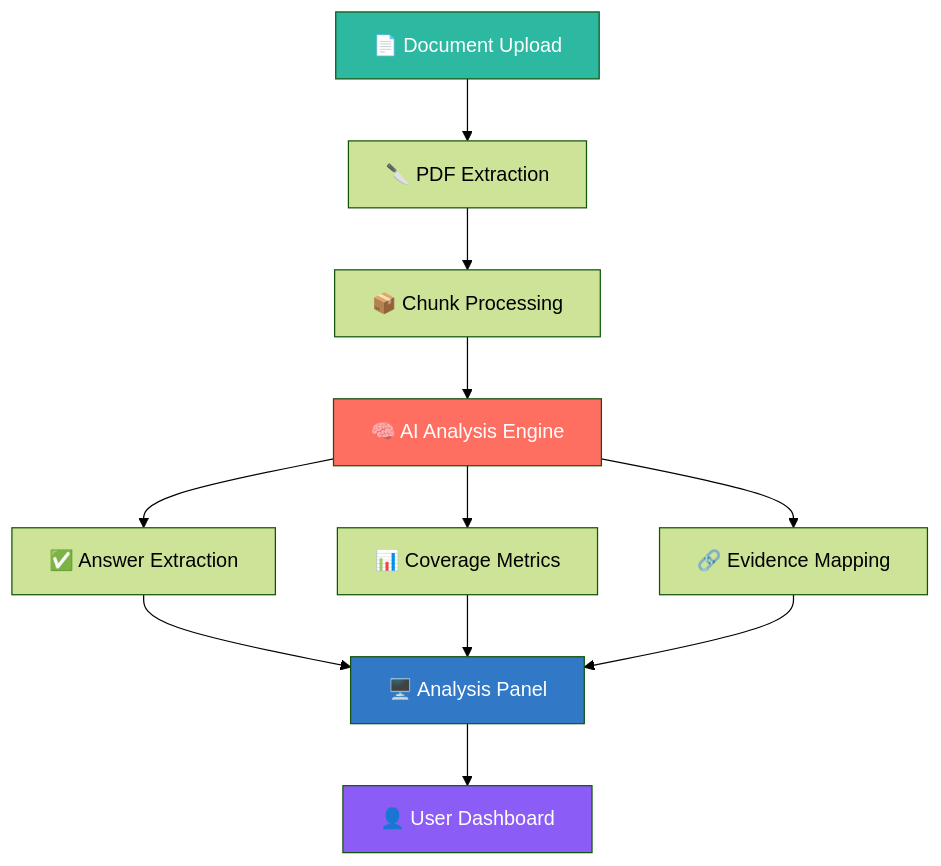
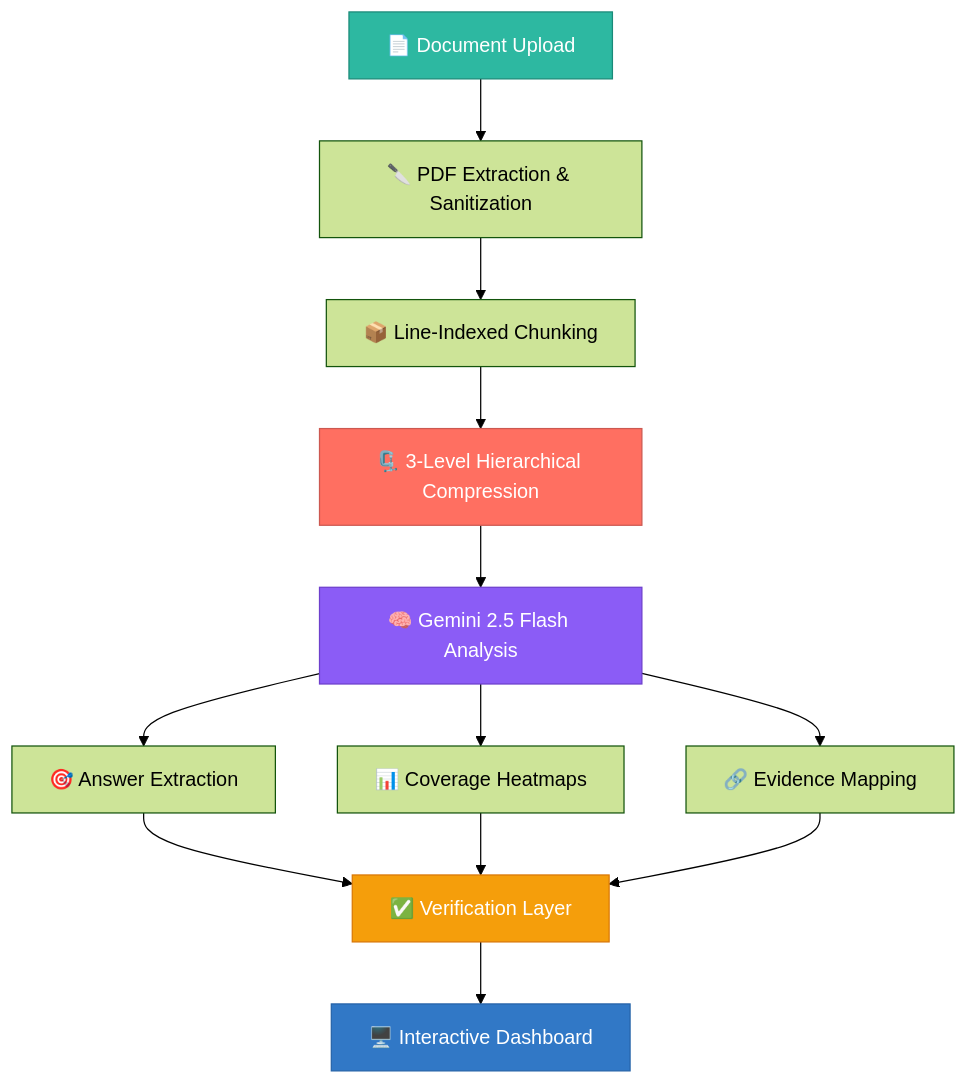
The diagram in README.md (anshgupta-25/smart-document-insight), drawn with Mermaid (forest theme) before and after one commit. The commit also changed other lines of this file, not shown here.

````diff
--- a/README.md
+++ b/README.md
@@ -82,18 +154,20 @@
 ```mermaid
 graph TB
-    A[📄 Document Upload] --> B[🔪 PDF Extraction]
-    B --> C[📦 Chunk Processing]
-    C --> D[🧠 AI Analysis Engine]
-    D --> E[✅ Answer Extraction]
-    D --> F[📊 Coverage Metrics]
-    D --> G[🔗 Evidence Mapping]
-    E --> H[🖥️ Analysis Panel]
-    F --> H
-    G --> H
-    H --> I[👤 User Dashboard]
+    A[📄 Document Upload] --> B[🔪 PDF Extraction & Sanitization]
+    B --> C[📦 Line-Indexed Chunking]
+    C --> D[🗜️ 3-Level Hierarchical Compression]
+    D --> E[🧠 Gemini 2.5 Flash Analysis]
+    E --> F[🎯 Answer Extraction]
+    E --> G[📊 Coverage Heatmaps]
+    E --> H[🔗 Evidence Mapping]
+    F --> I[✅ Verification Layer]
+    G --> I
+    H --> I
+    I --> J[🖥️ Interactive Dashboard]
     
-    style A fill:#2DB8A1,color:#fff
-    style D fill:#FF6F61,color:#fff
-    style H fill:#3178C6,color:#fff
-    style I fill:#8B5CF6,color:#fff
+    style A fill:#2DB8A1,color:#fff,stroke:#1a8a78
+    style D fill:#FF6F61,color:#fff,stroke:#cc5850
+    style E fill:#8B5CF6,color:#fff,stroke:#6d3fcc
+    style I fill:#F59E0B,color:#fff,stroke:#d97706
+    style J fill:#3178C6,color:#fff,stroke:#2563a8
 ```
````
